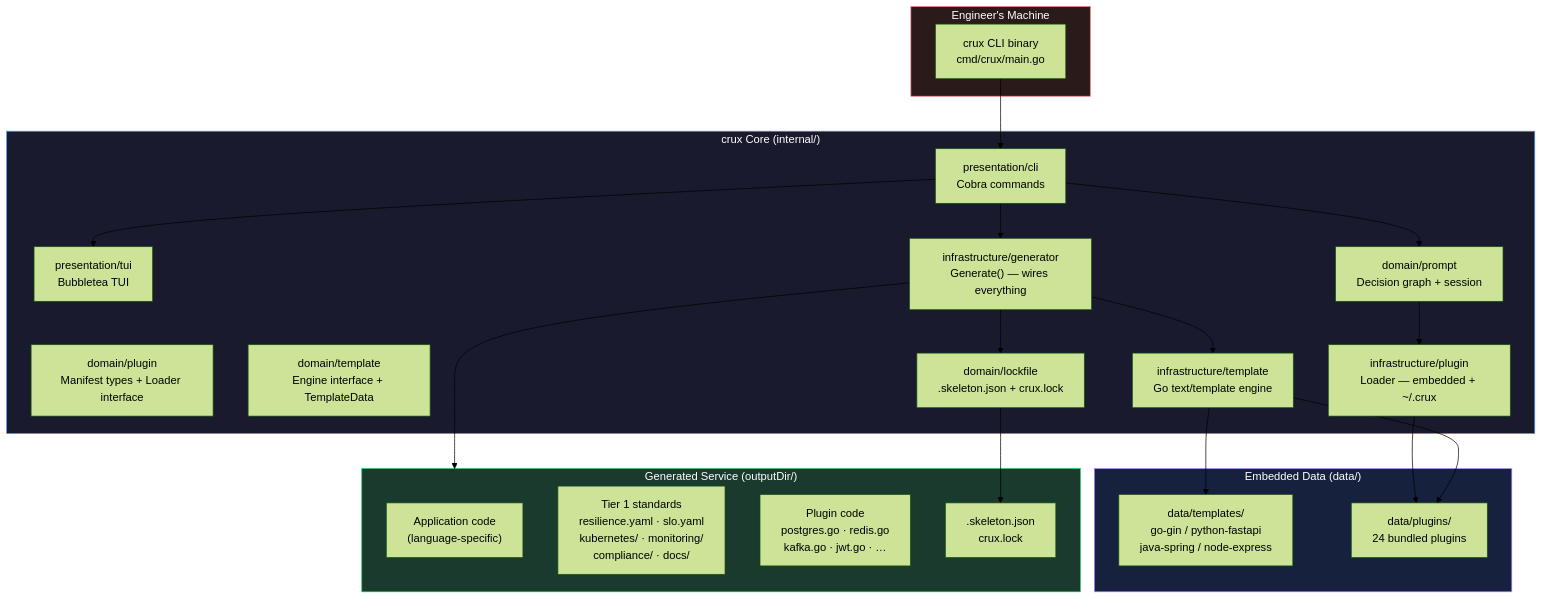
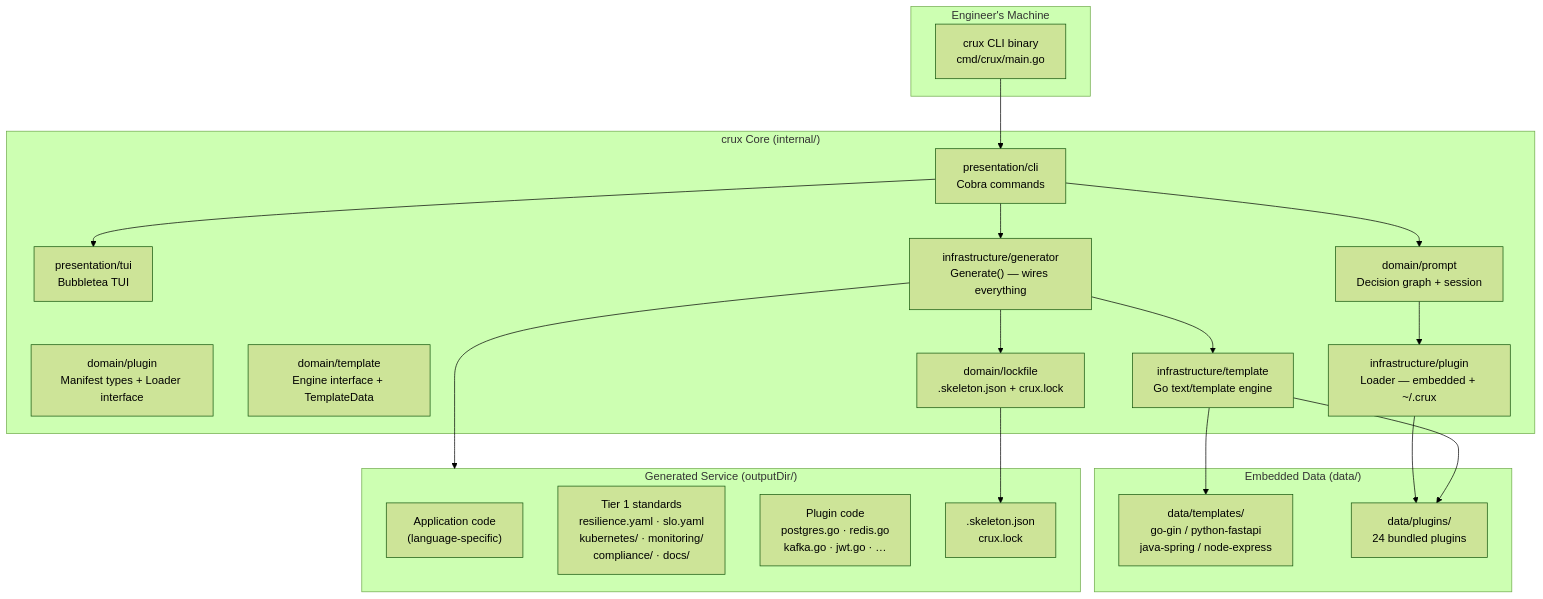
Before and after one commit to theheadlessengineer/crux: the first of 15 diagrams in docs/architecture-diagrams.md, drawn with Mermaid (forest theme). The commit also changed other lines of this file and 1 other file, not shown here.

Commit message:
[Crux] - update docs

````diff
--- a/docs/architecture-diagrams.md
+++ b/docs/architecture-diagrams.md
@@ -11,48 +11,43 @@
 ```mermaid
 graph TB
     subgraph ENGINEER["Engineer's Machine"]
         CLI["crux CLI binary\ncmd/crux/main.go"]
     end
 
     subgraph CRUX["crux Core (internal/)"]
         PRES["presentation/cli\nCobra commands"]
         TUI["presentation/tui\nBubbletea TUI"]
         PROMPT["domain/prompt\nDecision graph + session"]
         PLUGIN_D["domain/plugin\nManifest types + Loader interface"]
         TMPL_D["domain/template\nEngine interface + TemplateData"]
         GEN["infrastructure/generator\nGenerate() — wires everything"]
         TMPL_I["infrastructure/template\nGo text/template engine"]
         PLUGIN_I["infrastructure/plugin\nLoader — embedded + ~/.crux"]
         LOCK["domain/lockfile\n.skeleton.json + crux.lock"]
     end
 
     subgraph DATA["Embedded Data (data/)"]
         TEMPLATES["data/templates/\ngo-gin / python-fastapi\njava-spring / node-express"]
         PLUGINS["data/plugins/\n24 bundled plugins"]
     end
 
     subgraph OUTPUT["Generated Service (outputDir/)"]
         APP["Application code\n(language-specific)"]
         TIER1["Tier 1 standards\nresilience.yaml · slo.yaml\nkubernetes/ · monitoring/\ncompliance/ · docs/"]
         PLUGOUT["Plugin code\npostgres.go · redis.go\nkafka.go · jwt.go · …"]
         LOCKOUT[".skeleton.json\ncrux.lock"]
     end
 
     CLI --> PRES
     PRES --> TUI
     PRES --> PROMPT
     PROMPT --> PLUGIN_I
     PLUGIN_I --> PLUGINS
     PRES --> GEN
     GEN --> TMPL_I
     GEN --> LOCK
     TMPL_I --> TEMPLATES
     TMPL_I --> PLUGINS
     GEN --> OUTPUT
     LOCK --> LOCKOUT
-
-    style CRUX fill:#1a1a2e,color:#fff,stroke:#4a9eff
-    style DATA fill:#16213e,color:#fff,stroke:#a78bfa
-    style OUTPUT fill:#1a3a2e,color:#fff,stroke:#22c55e
-    style ENGINEER fill:#2a1a1a,color:#fff,stroke:#f87171
 ```
````
